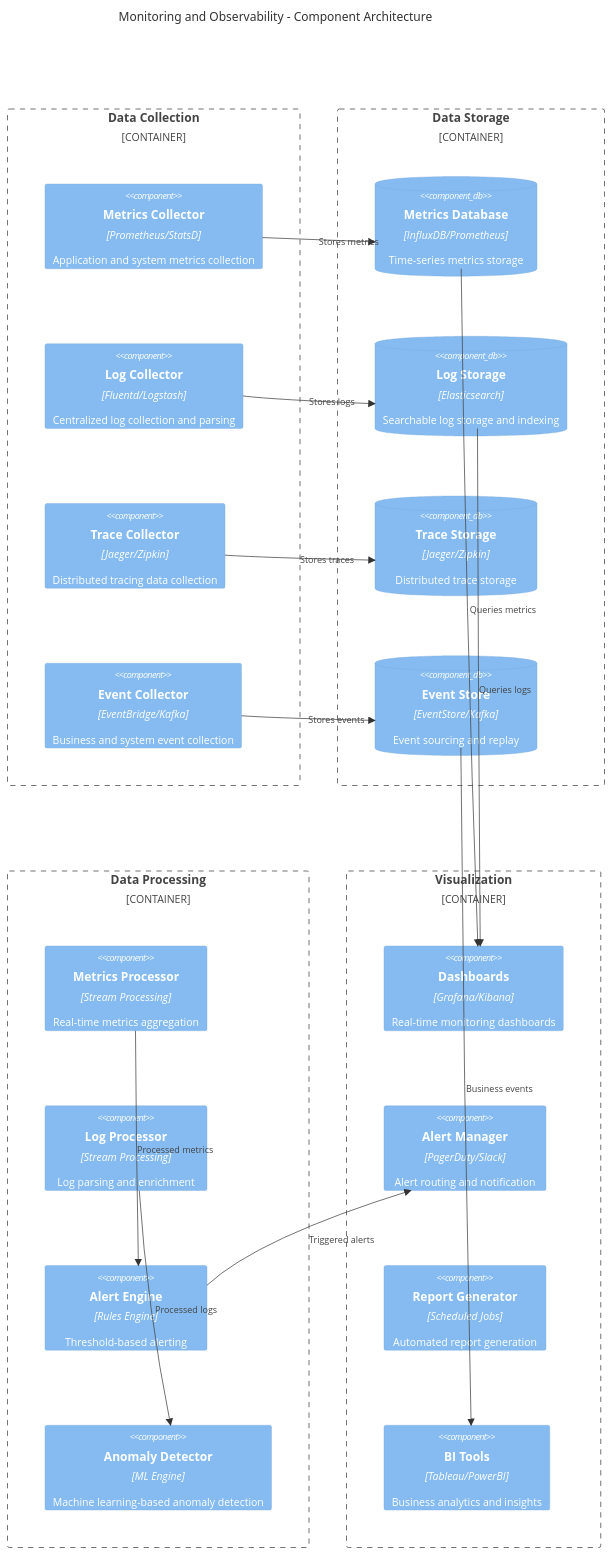
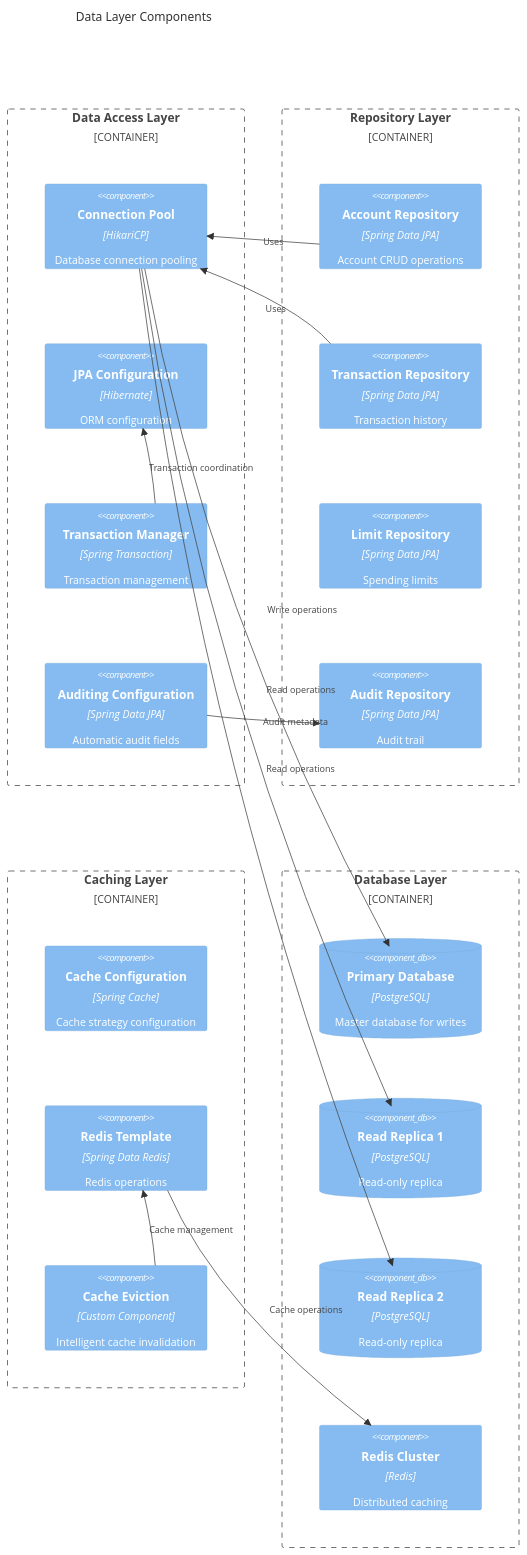
Before and after one commit to ThapaswiASC/SCIB-INCEPTION-PHASE-DEMO: the sixth of 8 diagrams in API Development/Components and Sequence Diagrams/component_diagram.md, drawn with Mermaid. The commit also changed other lines of this file and 1 other file, not shown here.

````diff
--- a/API Development/Components and Sequence Diagrams/component_diagram.md
+++ b/API Development/Components and Sequence Diagrams/component_diagram.md
@@ -233,45 +233,41 @@
 ```mermaid
 C4Component
-    title Monitoring and Observability - Component Architecture
+    title Data Layer Components
     
-    Container_Boundary(collection, "Data Collection") {
-        Component(metricsCollector, "Metrics Collector", "Prometheus/StatsD", "Application and system metrics collection")
-        Component(logCollector, "Log Collector", "Fluentd/Logstash", "Centralized log collection and parsing")
-        Component(traceCollector, "Trace Collector", "Jaeger/Zipkin", "Distributed tracing data collection")
-        Component(eventCollector, "Event Collector", "EventBridge/Kafka", "Business and system event collection")
+    Container_Boundary(dataAccess, "Data Access Layer") {
+        Component(connectionPool, "Connection Pool", "HikariCP", "Database connection pooling")
+        Component(jpaConfig, "JPA Configuration", "Hibernate", "ORM configuration")
+        Component(transactionManager, "Transaction Manager", "Spring Transaction", "Transaction management")
+        Component(auditingConfig, "Auditing Configuration", "Spring Data JPA", "Automatic audit fields")
     }
     
-    Container_Boundary(storage, "Data Storage") {
-        ComponentDb(metricsDB, "Metrics Database", "InfluxDB/Prometheus", "Time-series metrics storage")
-        ComponentDb(logStorage, "Log Storage", "Elasticsearch", "Searchable log storage and indexing")
-        ComponentDb(traceStorage, "Trace Storage", "Jaeger/Zipkin", "Distributed trace storage")
-        ComponentDb(eventStore, "Event Store", "EventStore/Kafka", "Event sourcing and replay")
+    Container_Boundary(repositories, "Repository Layer") {
+        Component(accountRepo, "Account Repository", "Spring Data JPA", "Account CRUD operations")
+        Component(transactionRepo, "Transaction Repository", "Spring Data JPA", "Transaction history")
+        Component(limitRepo, "Limit Repository", "Spring Data JPA", "Spending limits")
+        Component(auditRepo, "Audit Repository", "Spring Data JPA", "Audit trail")
     }
     
-    Container_Boundary(processing, "Data Processing") {
-        Component(metricsProcessor, "Metrics Processor", "Stream Processing", "Real-time metrics aggregation")
-        Component(logProcessor, "Log Processor", "Stream Processing", "Log parsing and enrichment")
-        Component(alertEngine, "Alert Engine", "Rules Engine", "Threshold-based alerting")
-        Component(anomalyDetector, "Anomaly Detector", "ML Engine", "Machine learning-based anomaly detection")
+    Container_Boundary(caching, "Caching Layer") {
+        Component(cacheConfig, "Cache Configuration", "Spring Cache", "Cache strategy configuration")
+        Component(redisTemplate, "Redis Template", "Spring Data Redis", "Redis operations")
+        Component(cacheEviction, "Cache Eviction", "Custom Component", "Intelligent cache invalidation")
     }
     
-    Container_Boundary(visualization, "Visualization") {
-        Component(dashboards, "Dashboards", "Grafana/Kibana", "Real-time monitoring dashboards")
-        Component(alertManager, "Alert Manager", "PagerDuty/Slack", "Alert routing and notification")
-        Component(reportGenerator, "Report Generator", "Scheduled Jobs", "Automated report generation")
-        Component(businessIntelligence, "BI Tools", "Tableau/PowerBI", "Business analytics and insights")
+    Container_Boundary(database, "Database Layer") {
+        ComponentDb(primaryDb, "Primary Database", "PostgreSQL", "Master database for writes")
+        ComponentDb(readReplica1, "Read Replica 1", "PostgreSQL", "Read-only replica")
+        ComponentDb(readReplica2, "Read Replica 2", "PostgreSQL", "Read-only replica")
+        Component(redisCluster, "Redis Cluster", "Redis", "Distributed caching")
     }
     
-    Rel(metricsCollector, metricsDB, "Stores metrics")
-    Rel(logCollector, logStorage, "Stores logs")
-    Rel(traceCollector, traceStorage, "Stores traces")
-    Rel(eventCollector, eventStore, "Stores events")
-    
-    Rel(metricsProcessor, alertEngine, "Processed metrics")
-    Rel(logProcessor, anomalyDetector, "Processed logs")
-    Rel(alertEngine, alertManager, "Triggered alerts")
-    
-    Rel(metricsDB, dashboards, "Queries metrics")
-    Rel(logStorage, dashboards, "Queries logs")
-    Rel(eventStore, businessIntelligence, "Business events")
+    Rel(accountRepo, connectionPool, "Uses")
+    Rel(transactionRepo, connectionPool, "Uses")
+    Rel(connectionPool, primaryDb, "Write operations")
+    Rel(connectionPool, readReplica1, "Read operations")
+    Rel(connectionPool, readReplica2, "Read operations")
+    Rel(redisTemplate, redisCluster, "Cache operations")
+    Rel(cacheEviction, redisTemplate, "Cache management")
+    Rel(transactionManager, jpaConfig, "Transaction coordination")
+    Rel(auditingConfig, auditRepo, "Audit metadata")
 ```
````
